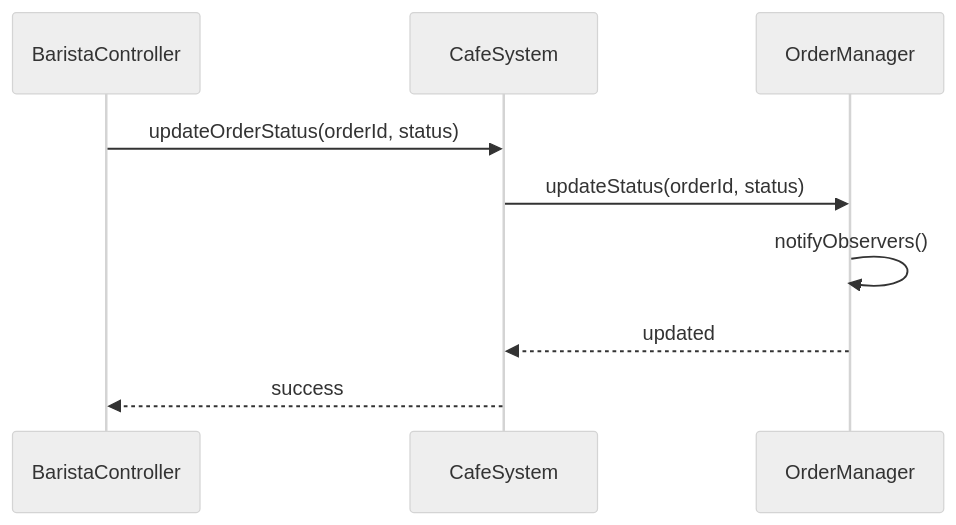
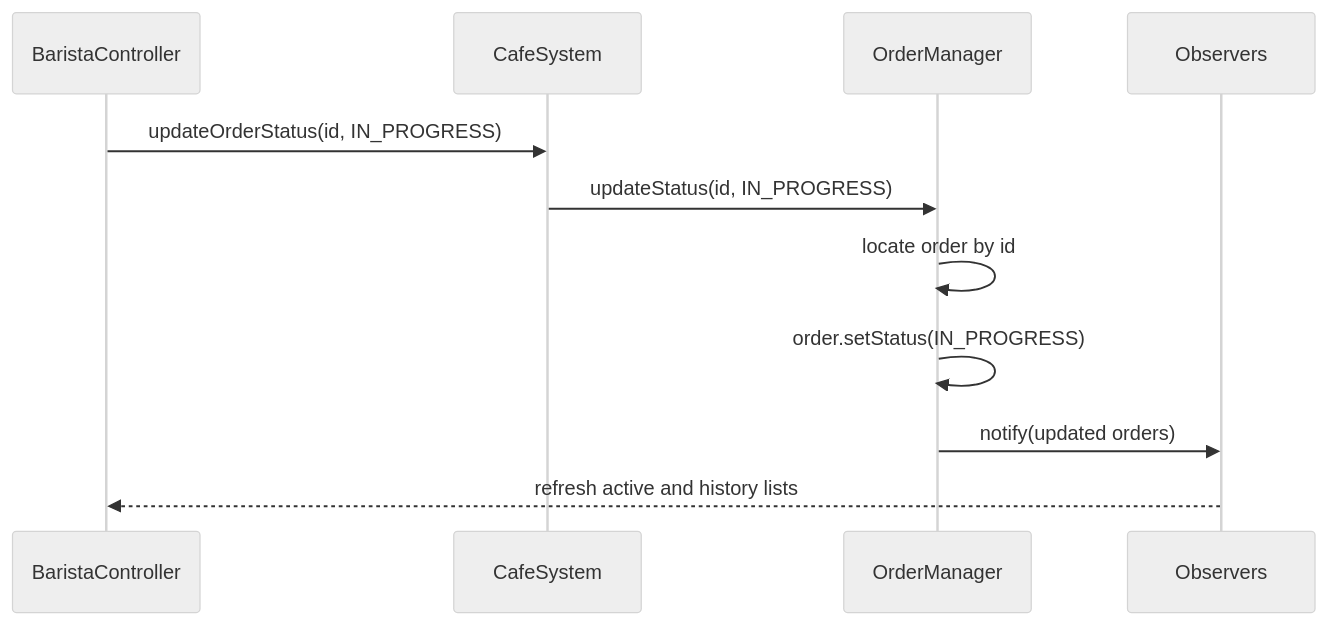
The fourth of 6 diagrams in Report.md (nhulchris/ICS-372-Group-Project), drawn with Mermaid (neutral theme) before and after one commit. The commit also changed other lines of this file, not shown here.

````diff
--- a/Report.md
+++ b/Report.md
@@ -301,12 +357,14 @@
 ```mermaid
 sequenceDiagram
     participant B as BaristaController
     participant S as CafeSystem
     participant OM as OrderManager
+    participant Obs as Observers
 
-    B->>S: updateOrderStatus(orderId, status)
-    S->>OM: updateStatus(orderId, status)
-    OM->>OM: notifyObservers()
-    OM-->>S: updated
-    S-->>B: success
+    B->>S: updateOrderStatus(id, IN_PROGRESS)
+    S->>OM: updateStatus(id, IN_PROGRESS)
+    OM->>OM: locate order by id
+    OM->>OM: order.setStatus(IN_PROGRESS)
+    OM->>Obs: notify(updated orders)
+    Obs-->>B: refresh active and history lists
 ```
````
